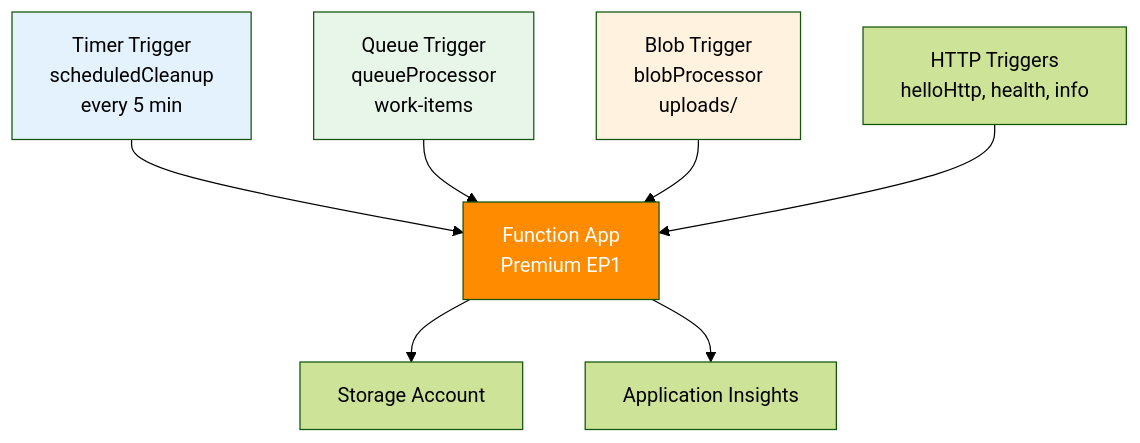
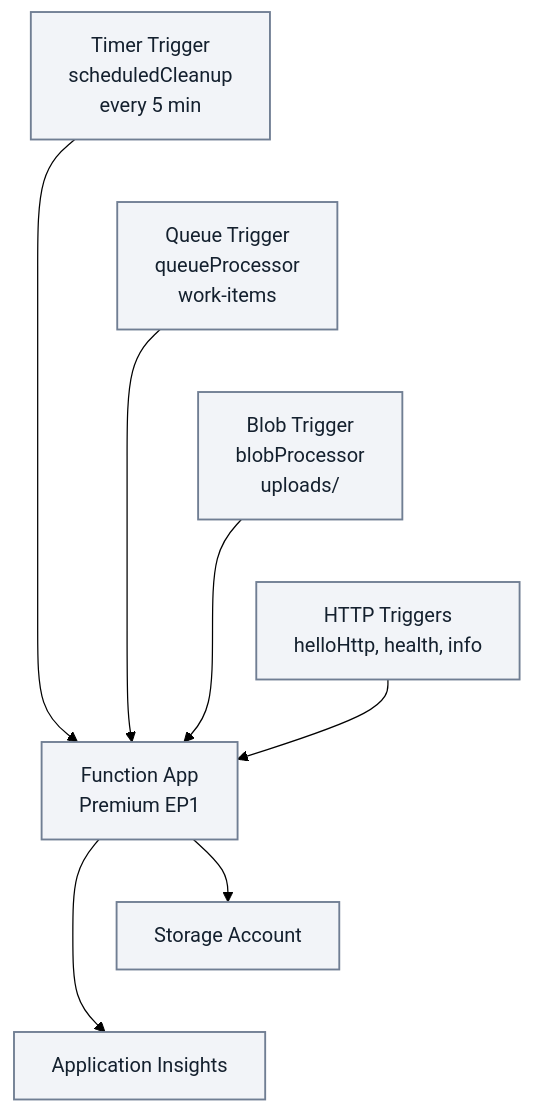
Before and after one commit to yeongseon/azure-functions-practical-guide: the diagram in docs/language-guides/nodejs/tutorial/premium/07-extending-triggers.md, drawn with Mermaid (forest theme). The commit also changed other lines of this file and 4 other files, not shown here.

First line of the commit message:
docs(diagrams): improve Node.js extending-trigger tutorial maps (#513)

````diff
--- a/docs/language-guides/nodejs/tutorial/premium/07-extending-triggers.md
+++ b/docs/language-guides/nodejs/tutorial/premium/07-extending-triggers.md
@@ -59,17 +59,21 @@
 ```mermaid
 flowchart TD
-    FA[Function App\nPremium EP1]
+    accTitle: Node.js Premium trigger and dependency overview
+    accDescr: Conceptual timer, work-items queue, uploads blob and HTTP trigger paths to the Node.js v4 Premium EP1 app, with Storage Account and Application Insights relationships. Source arrows associate independent triggers with the app, not network initiators, a shared-instance boundary or an execution sequence; the timer label matches this page's five-minute sample.
+    FA["Function App<br/>Premium EP1"]
 
-    TIMER[Timer Trigger\nscheduledCleanup\nevery 5 min] --> FA
-    QUEUE[Queue Trigger\nqueueProcessor\nwork-items] --> FA
-    BLOB[Blob Trigger\nblobProcessor\nuploads/] --> FA
-    HTTP[HTTP Triggers\nhelloHttp, health, info] --> FA
+    TIMER["Timer Trigger<br/>scheduledCleanup<br/>every 5 min"] --> FA
+    QUEUE["Queue Trigger<br/>queueProcessor<br/>work-items"] --> FA
+    BLOB["Blob Trigger<br/>blobProcessor<br/>uploads/"] --> FA
+    HTTP["HTTP Triggers<br/>helloHttp, health, info"] --> FA
 
     FA --> ST[Storage Account]
     FA --> AI[Application Insights]
+    %% Layout-only links tier independent sources and dependencies; no execution steps or arrows added.
+    TIMER ~~~ QUEUE
+    QUEUE ~~~ BLOB
+    BLOB ~~~ HTTP
+    ST ~~~ AI
 
-    style FA fill:#ff8c00,color:#fff
-    style TIMER fill:#E3F2FD
-    style QUEUE fill:#E8F5E9
-    style BLOB fill:#FFF3E0
+    classDef default fill:#f2f4f8,stroke:#707e93,stroke-width:1.5px,color:#14202e;
 ```
````
